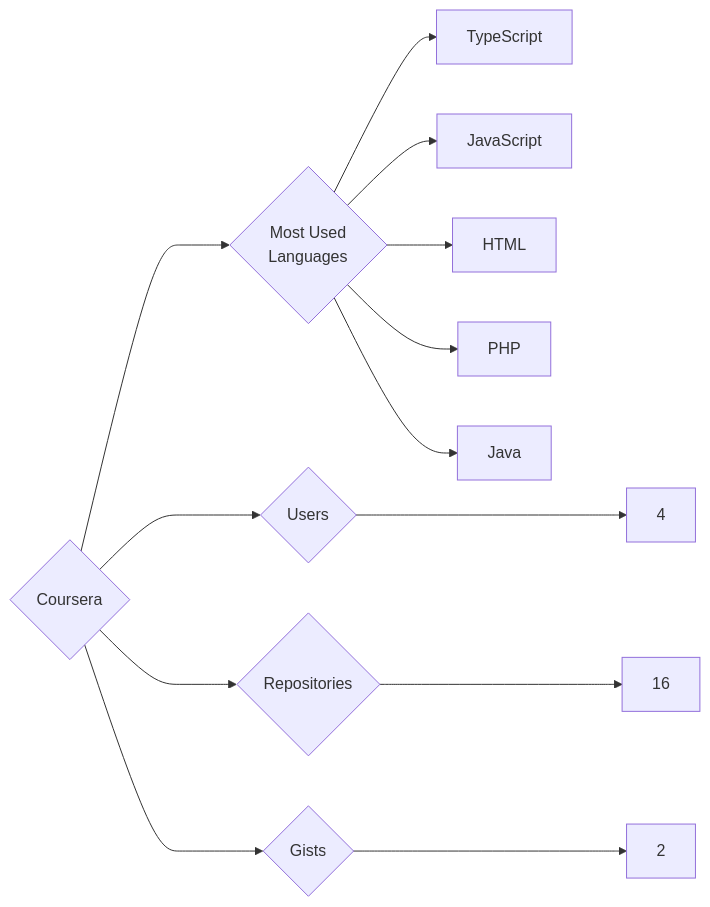
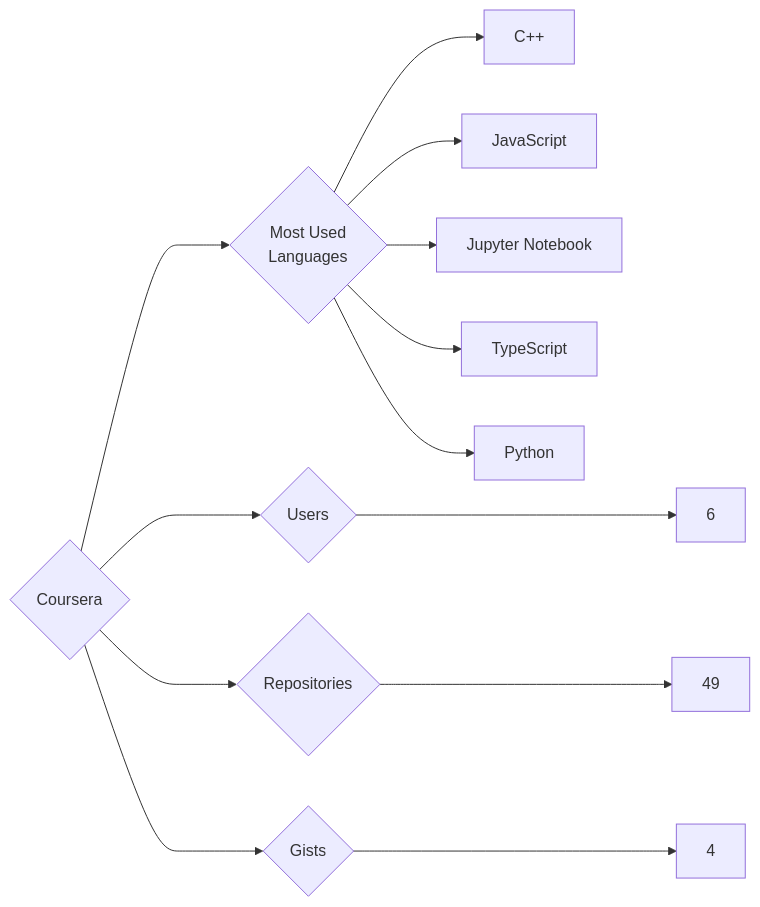
The diagram in targets/Coursera/README.md (trickest/insiders), drawn with Mermaid before and after one commit. The commit also changed 880 other files, not shown here.

````diff
--- a/targets/Coursera/README.md
+++ b/targets/Coursera/README.md
@@ -3,13 +3,13 @@
 ```mermaid
 graph LR
 COMPANY_NAME{Coursera}
-COMPANY_NAME ---> U{Users} ---> UN[4]
-COMPANY_NAME ---> R{Repositories} ---> RN[16]
-COMPANY_NAME ---> G{Gists} ---> GN[2]
+COMPANY_NAME ---> U{Users} ---> UN[6]
+COMPANY_NAME ---> R{Repositories} ---> RN[49]
+COMPANY_NAME ---> G{Gists} ---> GN[4]
 COMPANY_NAME ---> ML{Most Used<br>Languages}
+ML --> C++[C++]
+ML --> JavaScript[JavaScript]
+ML --> Jupyter_Notebook[Jupyter Notebook]
 ML --> TypeScript[TypeScript]
-ML --> JavaScript[JavaScript]
-ML --> HTML[HTML]
-ML --> PHP[PHP]
-ML --> Java[Java]
+ML --> Python[Python]
 ```
````
